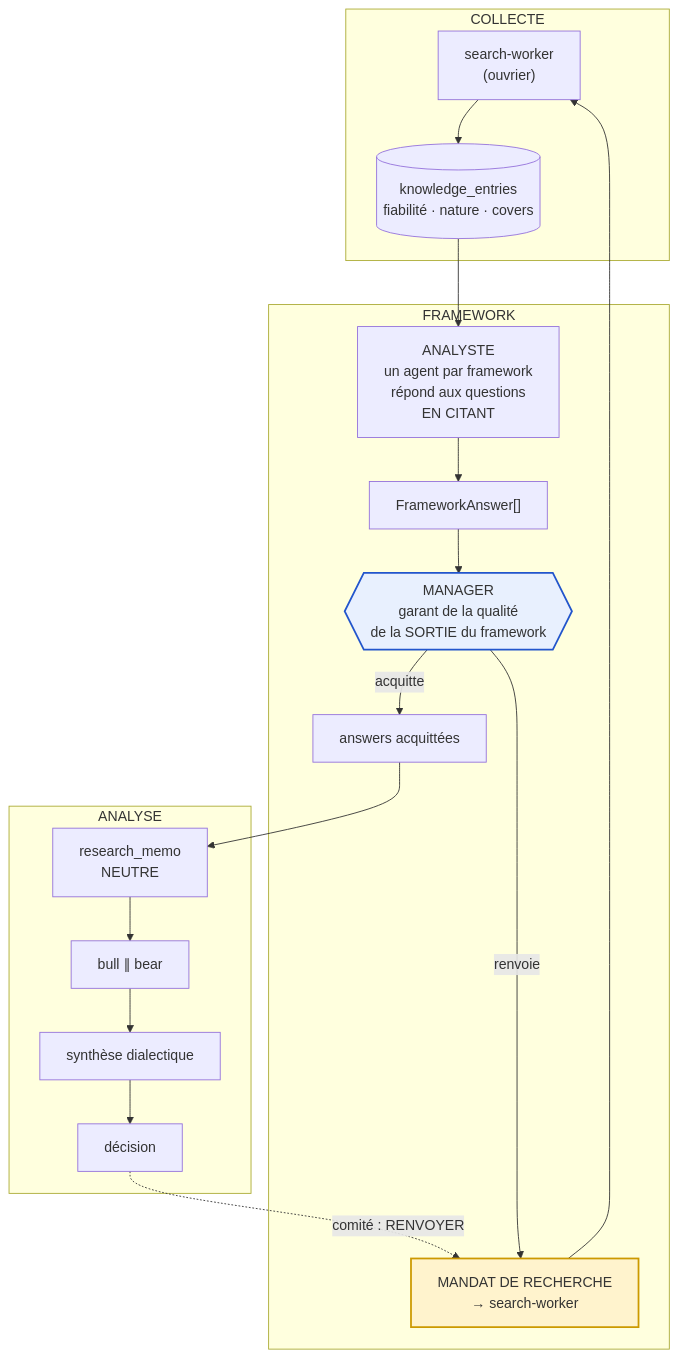
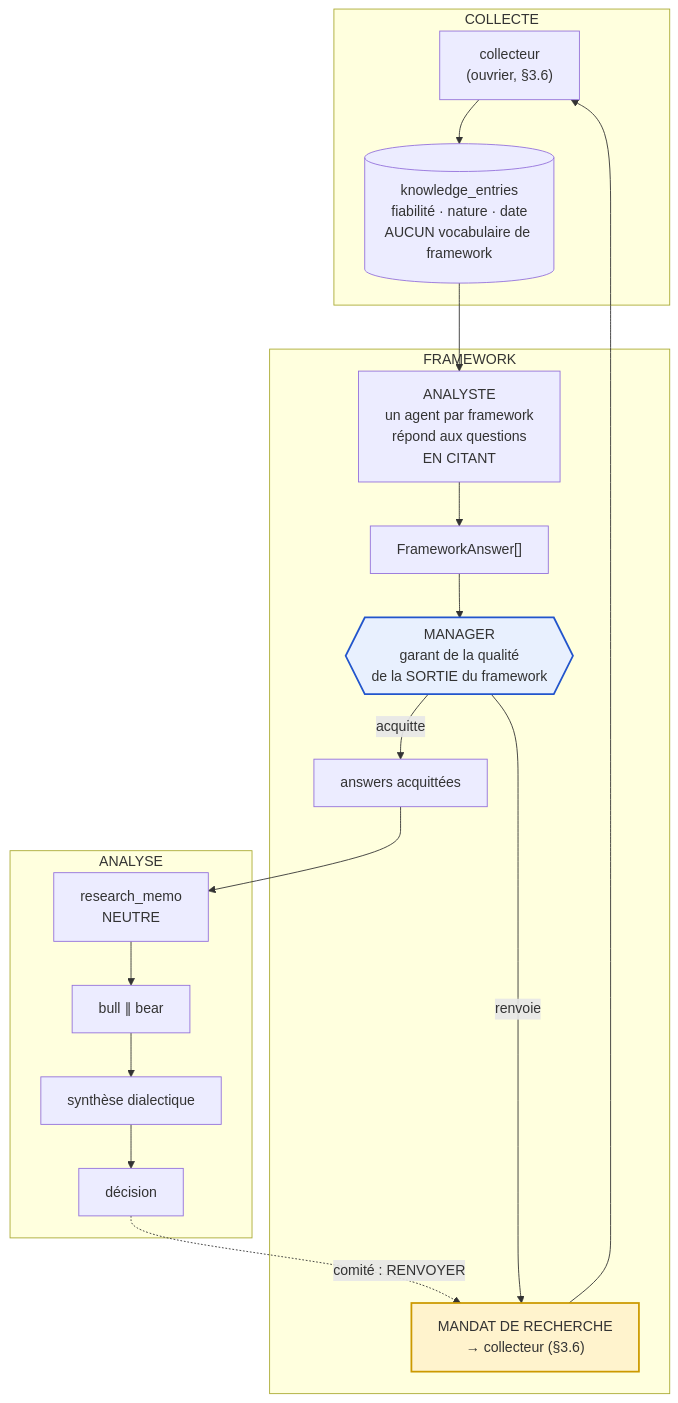
The fifth of 15 diagrams in projects/portfolio-tracker/roadmap/03-spec-frameworks.md (jeanlangloismeurinne/ai-vps-projects), drawn with Mermaid before and after one commit. The commit also changed other lines of this file and 11 other files, not shown here.

````diff
--- a/projects/portfolio-tracker/roadmap/03-spec-frameworks.md
+++ b/projects/portfolio-tracker/roadmap/03-spec-frameworks.md
@@ -384,23 +445,23 @@
 ```mermaid
 graph TD
   subgraph COLLECTE
-    W["search-worker<br/>(ouvrier)"] --> KE[("knowledge_entries<br/>fiabilité · nature · covers")]
+    W["collecteur<br/>(ouvrier, §3.6)"] --> KE[("knowledge_entries<br/>fiabilité · nature · date<br/>AUCUN vocabulaire de framework")]
   end
   subgraph FRAMEWORK
     KE --> AN["ANALYSTE<br/>un agent par framework<br/>répond aux questions<br/>EN CITANT"]
     AN --> FA["FrameworkAnswer[]"]
     FA --> MG{{"MANAGER<br/>garant de la qualité<br/>de la SORTIE du framework"}}
     MG -->|acquitte| OK["answers acquittées"]
-    MG -->|renvoie| MD["MANDAT DE RECHERCHE<br/>→ search-worker"]
+    MG -->|renvoie| MD["MANDAT DE RECHERCHE<br/>→ collecteur (§3.6)"]
     MD --> W
   end
   subgraph ANALYSE
     OK --> RM["research_memo<br/>NEUTRE"]
     RM --> BB["bull ∥ bear"]
     BB --> SY["synthèse dialectique"]
     SY --> DE["décision"]
   end
   DE -.->|"comité : RENVOYER"| MD
   style MG fill:#e8f0fe,stroke:#2255cc,stroke-width:2px
   style MD fill:#fff3cd,stroke:#c90,stroke-width:2px
 ```
````
